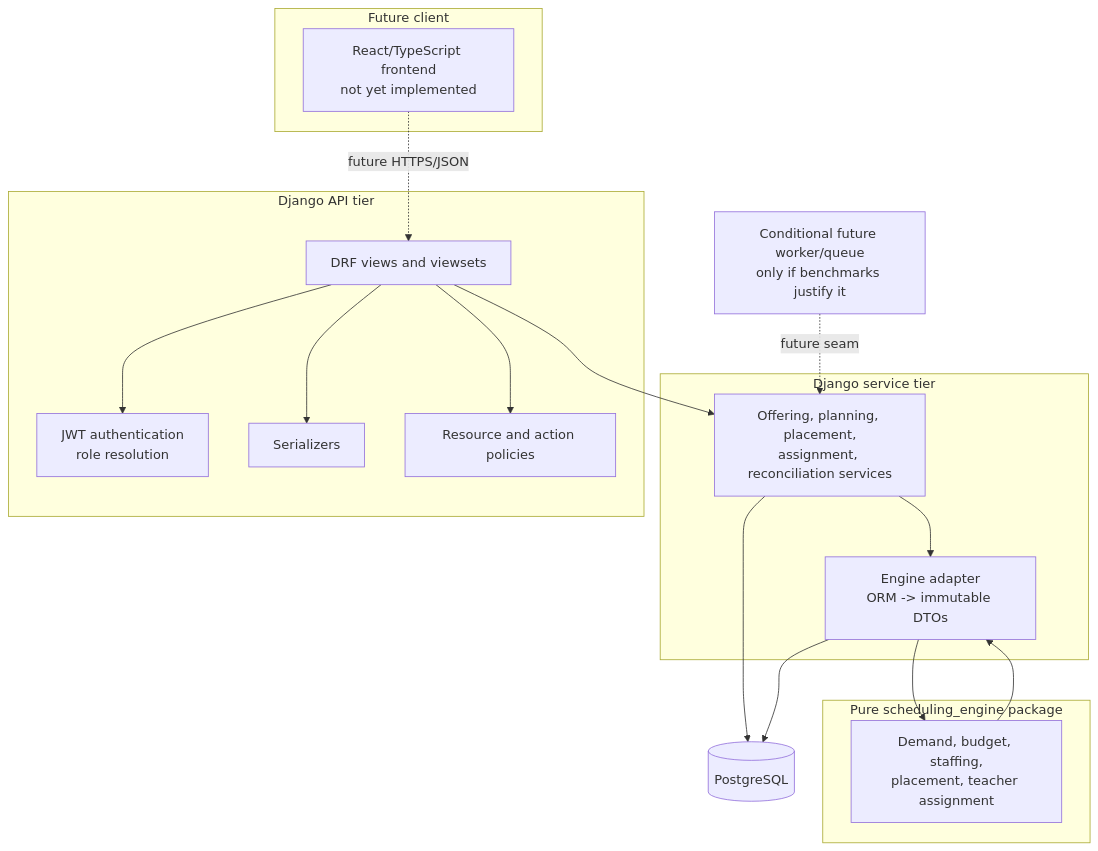
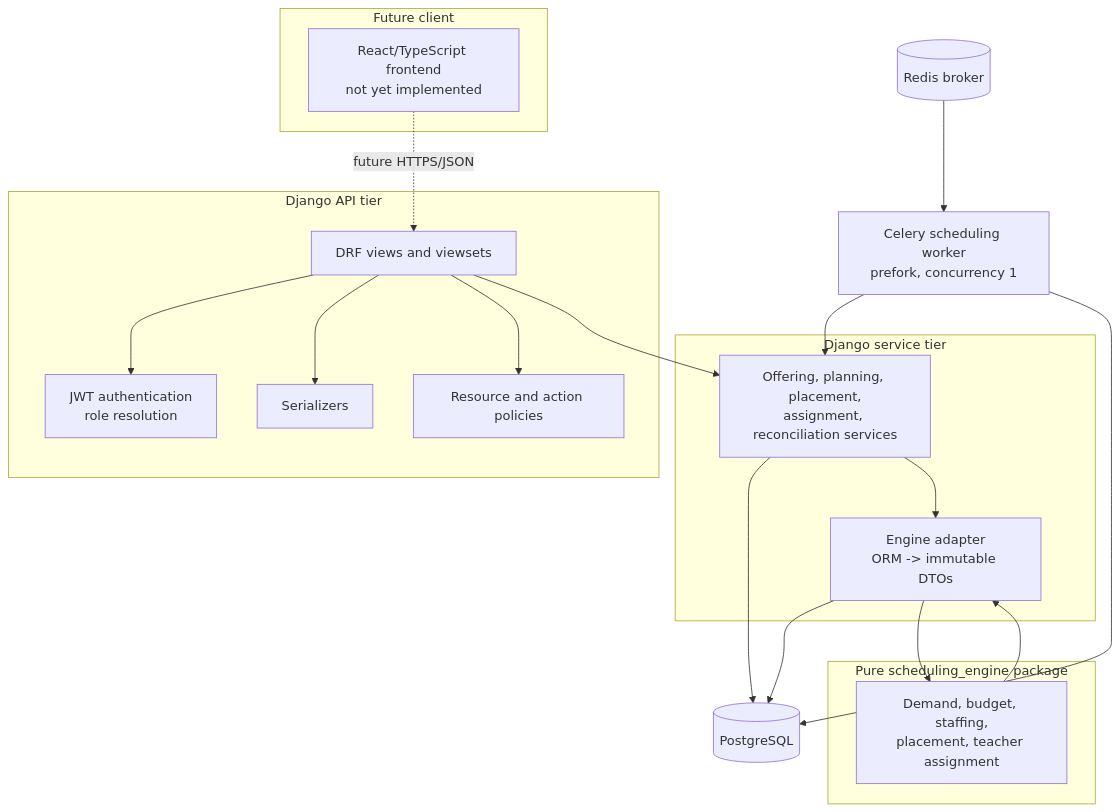
One commit to Yvan-DeSouza/School-Schedule-Optimizer changed the first of 6 diagrams in docs/Software_Design_Document.md. Above: the diagram before and after it, drawn with Mermaid. The commit also changed other lines of this file and 24 other files, not shown here.

First line of the commit message:
feat(scheduling): add Celery-backed asynchronous solver execution

````diff
--- a/docs/Software_Design_Document.md
+++ b/docs/Software_Design_Document.md
@@ -245,35 +249,37 @@
 ```mermaid
 graph TB
     subgraph Client [Future client]
         FE["React/TypeScript frontend\nnot yet implemented"]
     end
 
     subgraph API [Django API tier]
         AUTH["JWT authentication\nrole resolution"]
         VIEWS["DRF views and viewsets"]
         SER["Serializers"]
         POL["Resource and action policies"]
     end
 
     subgraph Services [Django service tier]
         WF["Offering, planning, placement,\nassignment, reconciliation services"]
         ADAPTER["Engine adapter\nORM -> immutable DTOs"]
     end
 
     subgraph Engine [Pure scheduling_engine package]
         SOLVE["Demand, budget, staffing,\nplacement, teacher assignment"]
     end
 
     DB[(PostgreSQL)]
     FE -. "future HTTPS/JSON" .-> VIEWS
     VIEWS --> AUTH
     VIEWS --> SER
     VIEWS --> POL
     VIEWS --> WF
     WF --> DB
     WF --> ADAPTER
     ADAPTER --> DB
     ADAPTER --> SOLVE
     SOLVE --> ADAPTER
-    WORKER["Conditional future worker/queue\nonly if benchmarks justify it"] -. "future seam" .-> WF
+    REDIS[(Redis broker)] --> WORKER["Celery scheduling worker\nprefork, concurrency 1"]
+    WORKER --> WF
+    WORKER --> DB
 ```
````
